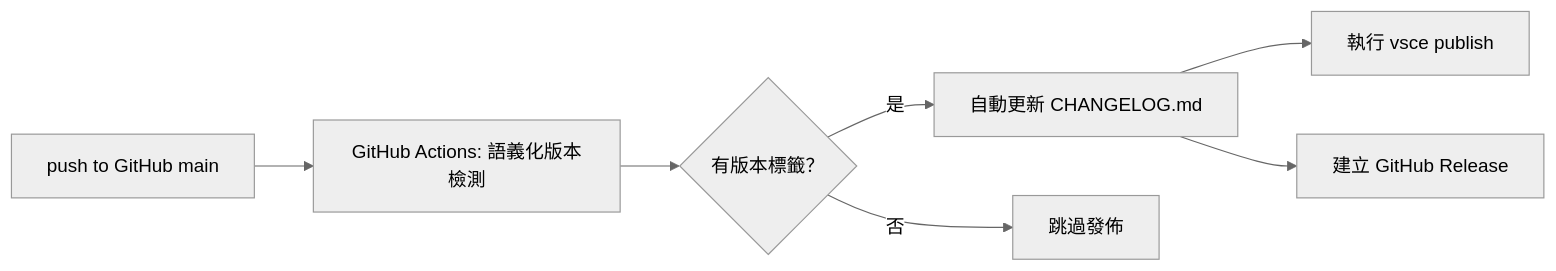
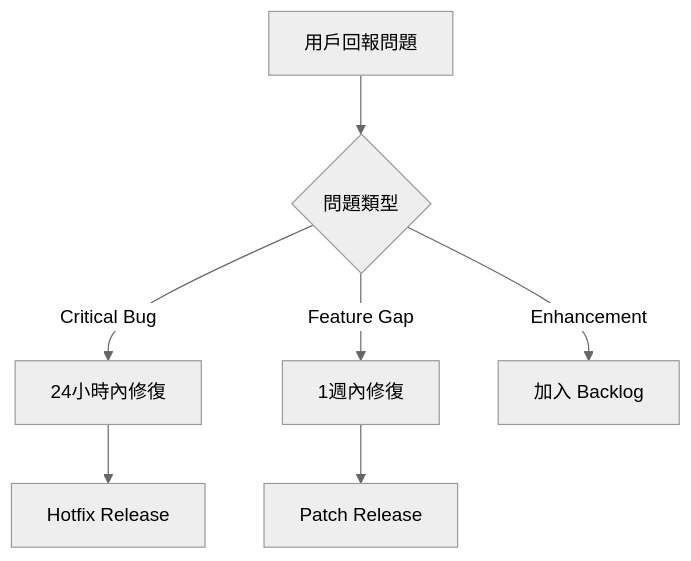
Before and after one commit to yanggf8/vscodecountdown: the second of 3 diagrams in vscodemarketplan.md, drawn with Mermaid (neutral theme). The commit also changed other lines of this file and 11 other files, not shown here.

````diff
--- a/vscodemarketplan.md
+++ b/vscodemarketplan.md
@@ -37,9 +122,9 @@
 ```mermaid
-flowchart LR
-  A[push to GitHub main] --> B[GitHub Actions: 語義化版本檢測]
-  B --> C{有版本標籤？}
-  C -->|是| D[自動更新 CHANGELOG.md]
-  D --> E[執行 vsce publish]
-  C -->|否| F[跳過發佈]
-  D --> G[建立 GitHub Release]
+flowchart TD
+  A[用戶回報問題] --> B{問題類型}
+  B -->|Critical Bug| C[24小時內修復]
+  B -->|Feature Gap| D[1週內修復]
+  B -->|Enhancement| E[加入 Backlog]
+  C --> F[Hotfix Release]
+  D --> G[Patch Release]
 ```
````
